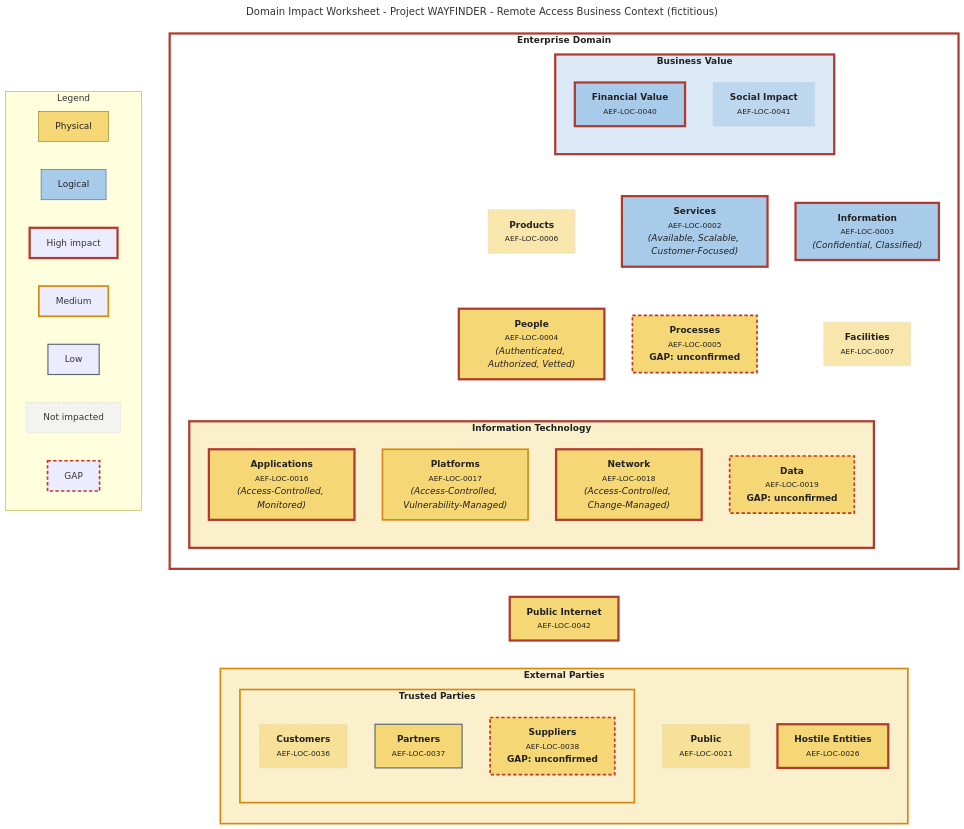
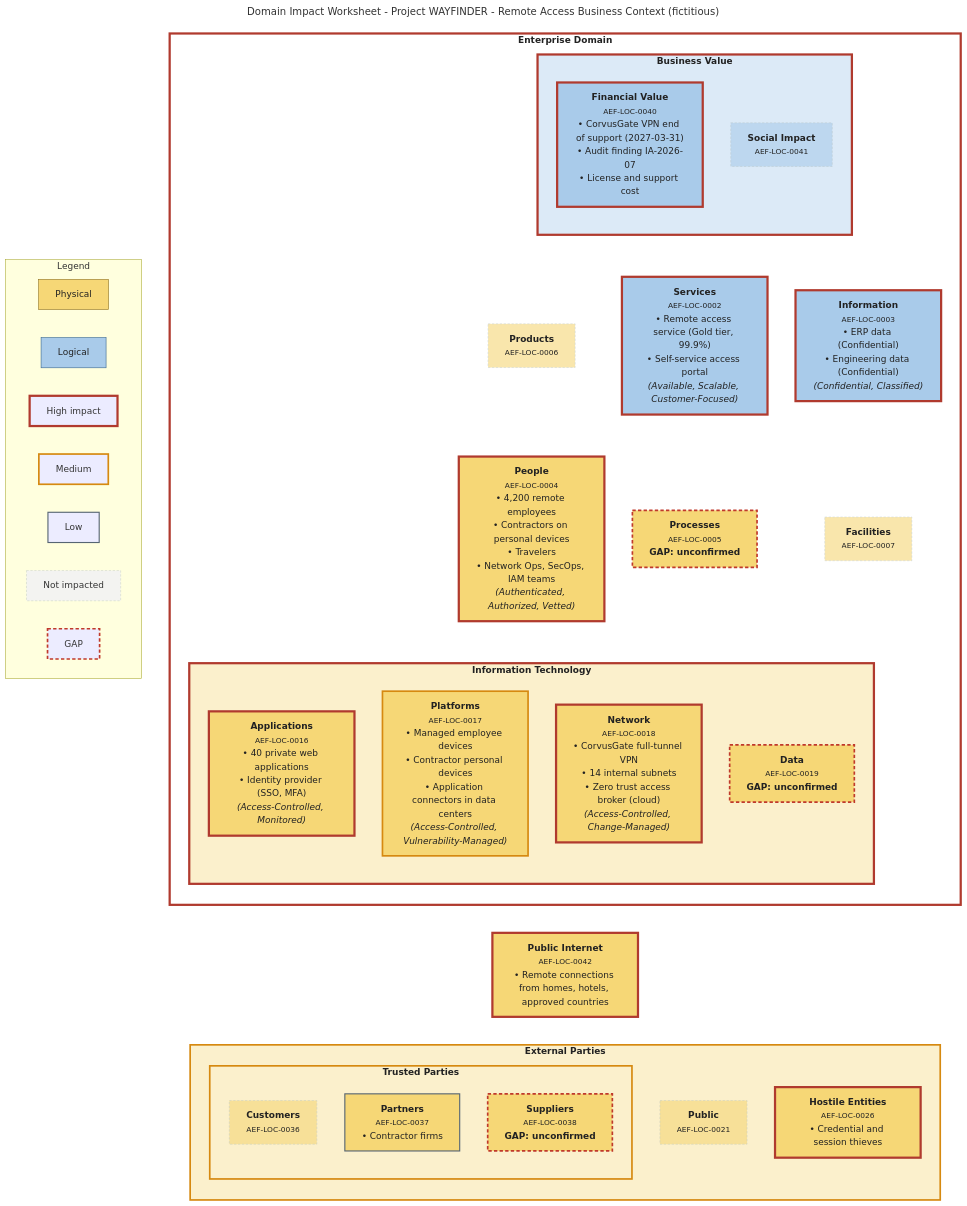
Before and after one commit to robertrostsource/archascode: the diagram in bca/engagements/novacorp/wayfinder/domain_impact.mmd, drawn with Mermaid. The commit also changed 9 other files, not shown here.

```diff
--- a/bca/engagements/novacorp/wayfinder/domain_impact.mmd
+++ b/bca/engagements/novacorp/wayfinder/domain_impact.mmd
@@ -1,90 +1,90 @@
 ---
 title: Domain Impact Worksheet - Project WAYFINDER - Remote Access Business Context (fictitious)
 ---
 %% Generated by scripts/render_domain_impact.py. Do not edit.
 %% Domain model (c) Archistry / Andrew S. Townley, used with attribution. Based on SABSA(R).
 flowchart TB
   classDef physical fill:#F6D776,stroke:#8A6D1F,color:#222
   classDef logical fill:#A9CBEA,stroke:#2F5F8A,color:#222
   classDef boundary fill:#FFFFFF,stroke:#555,color:#222
   subgraph D0001["<b>Enterprise Domain</b>"]
     direction TB
     subgraph D0039["<b>Business Value</b>"]
       direction TB
-      D0040["<b>Financial Value</b><br/><small>AEF-LOC-0040</small>"]:::logical
+      D0040["<b>Financial Value</b><br/><small>AEF-LOC-0040</small><br/>• CorvusGate VPN end of support (2027-03-31)<br/>• Audit finding IA-2026-07<br/>• License and support cost"]:::logical
       D0041["<b>Social Impact</b><br/><small>AEF-LOC-0041</small>"]:::logical
     end
     D0006["<b>Products</b><br/><small>AEF-LOC-0006</small>"]:::physical
-    D0002["<b>Services</b><br/><small>AEF-LOC-0002</small><br/><i>(Available, Scalable, Customer-Focused)</i>"]:::logical
-    D0003["<b>Information</b><br/><small>AEF-LOC-0003</small><br/><i>(Confidential, Classified)</i>"]:::logical
-    D0004["<b>People</b><br/><small>AEF-LOC-0004</small><br/><i>(Authenticated, Authorized, Vetted)</i>"]:::physical
+    D0002["<b>Services</b><br/><small>AEF-LOC-0002</small><br/>• Remote access service (Gold tier, 99.9%)<br/>• Self-service access portal<br/><i>(Available, Scalable, Customer-Focused)</i>"]:::logical
+    D0003["<b>Information</b><br/><small>AEF-LOC-0003</small><br/>• ERP data (Confidential)<br/>• Engineering data (Confidential)<br/><i>(Confidential, Classified)</i>"]:::logical
+    D0004["<b>People</b><br/><small>AEF-LOC-0004</small><br/>• 4,200 remote employees<br/>• Contractors on personal devices<br/>• Travelers<br/>• Network Ops, SecOps, IAM teams<br/><i>(Authenticated, Authorized, Vetted)</i>"]:::physical
     D0005["<b>Processes</b><br/><small>AEF-LOC-0005</small><br/><b>GAP: unconfirmed</b>"]:::physical
     D0007["<b>Facilities</b><br/><small>AEF-LOC-0007</small>"]:::physical
     subgraph D0015["<b>Information Technology</b>"]
       direction TB
-      D0016["<b>Applications</b><br/><small>AEF-LOC-0016</small><br/><i>(Access-Controlled, Monitored)</i>"]:::physical
-      D0017["<b>Platforms</b><br/><small>AEF-LOC-0017</small><br/><i>(Access-Controlled, Vulnerability-Managed)</i>"]:::physical
-      D0018["<b>Network</b><br/><small>AEF-LOC-0018</small><br/><i>(Access-Controlled, Change-Managed)</i>"]:::physical
+      D0016["<b>Applications</b><br/><small>AEF-LOC-0016</small><br/>• 40 private web applications<br/>• Identity provider (SSO, MFA)<br/><i>(Access-Controlled, Monitored)</i>"]:::physical
+      D0017["<b>Platforms</b><br/><small>AEF-LOC-0017</small><br/>• Managed employee devices<br/>• Contractor personal devices<br/>• Application connectors in data centers<br/><i>(Access-Controlled, Vulnerability-Managed)</i>"]:::physical
+      D0018["<b>Network</b><br/><small>AEF-LOC-0018</small><br/>• CorvusGate full-tunnel VPN<br/>• 14 internal subnets<br/>• Zero trust access broker (cloud)<br/><i>(Access-Controlled, Change-Managed)</i>"]:::physical
       D0019["<b>Data</b><br/><small>AEF-LOC-0019</small><br/><b>GAP: unconfirmed</b>"]:::physical
     end
   end
-  D0042["<b>Public Internet</b><br/><small>AEF-LOC-0042</small>"]:::physical
+  D0042["<b>Public Internet</b><br/><small>AEF-LOC-0042</small><br/>• Remote connections from homes, hotels, approved countries"]:::physical
   subgraph D0020["<b>External Parties</b>"]
     direction TB
     D0021["<b>Public</b><br/><small>AEF-LOC-0021</small>"]:::physical
     subgraph D0031["<b>Trusted Parties</b>"]
       direction TB
       D0036["<b>Customers</b><br/><small>AEF-LOC-0036</small>"]:::physical
-      D0037["<b>Partners</b><br/><small>AEF-LOC-0037</small>"]:::physical
+      D0037["<b>Partners</b><br/><small>AEF-LOC-0037</small><br/>• Contractor firms"]:::physical
       D0038["<b>Suppliers</b><br/><small>AEF-LOC-0038</small><br/><b>GAP: unconfirmed</b>"]:::physical
     end
-    D0026["<b>Hostile Entities</b><br/><small>AEF-LOC-0026</small>"]:::physical
+    D0026["<b>Hostile Entities</b><br/><small>AEF-LOC-0026</small><br/>• Credential and session thieves"]:::physical
   end
   D0039 ~~~ D0006
   D0039 ~~~ D0002
   D0039 ~~~ D0003
   D0006 ~~~ D0004
   D0002 ~~~ D0005
   D0003 ~~~ D0007
   D0004 ~~~ D0015
   D0001 ~~~ D0042
   D0042 ~~~ D0020
 
   subgraph LEGEND["Legend"]
     direction LR
     L1["Physical"]:::physical
     L2["Logical"]:::logical
     L3["High impact"]
     L4["Medium"]
     L5["Low"]
     L6["Not impacted"]
     L7["GAP"]
   end
   style D0040 stroke:#B03A2E,stroke-width:4px
   style D0041 stroke:#AAB7B8,stroke-width:1px,stroke-dasharray:4 3,opacity:0.6
   style D0039 fill:#DCEAF7,color:#222,stroke:#B03A2E,stroke-width:4px
   style D0006 stroke:#AAB7B8,stroke-width:1px,stroke-dasharray:4 3,opacity:0.6
   style D0002 stroke:#B03A2E,stroke-width:4px
   style D0003 stroke:#B03A2E,stroke-width:4px
   style D0004 stroke:#B03A2E,stroke-width:4px
   style D0005 stroke:#C0392B,stroke-width:3px,stroke-dasharray:6 4
   style D0007 stroke:#AAB7B8,stroke-width:1px,stroke-dasharray:4 3,opacity:0.6
   style D0016 stroke:#B03A2E,stroke-width:4px
   style D0017 stroke:#D68910,stroke-width:3px
   style D0018 stroke:#B03A2E,stroke-width:4px
   style D0019 stroke:#C0392B,stroke-width:3px,stroke-dasharray:6 4
   style D0015 fill:#FBF0CC,color:#222,stroke:#B03A2E,stroke-width:4px
   style D0001 fill:#FFFFFF,color:#222,stroke:#B03A2E,stroke-width:4px
   style D0042 stroke:#B03A2E,stroke-width:4px
   style D0021 stroke:#AAB7B8,stroke-width:1px,stroke-dasharray:4 3,opacity:0.6
   style D0036 stroke:#AAB7B8,stroke-width:1px,stroke-dasharray:4 3,opacity:0.6
   style D0037 stroke:#566573,stroke-width:2px
   style D0038 stroke:#C0392B,stroke-width:3px,stroke-dasharray:6 4
   style D0031 fill:#FBF0CC,color:#222,stroke:#D68910,stroke-width:3px
   style D0026 stroke:#B03A2E,stroke-width:4px
   style D0020 fill:#FBF0CC,color:#222,stroke:#D68910,stroke-width:3px
   style L3 stroke:#B03A2E,stroke-width:4px
   style L4 stroke:#D68910,stroke-width:3px
   style L5 stroke:#566573,stroke-width:2px
   style L6 stroke:#AAB7B8,stroke-width:1px,stroke-dasharray:4 3,opacity:0.6
   style L7 stroke:#C0392B,stroke-width:3px,stroke-dasharray:6 4
```
